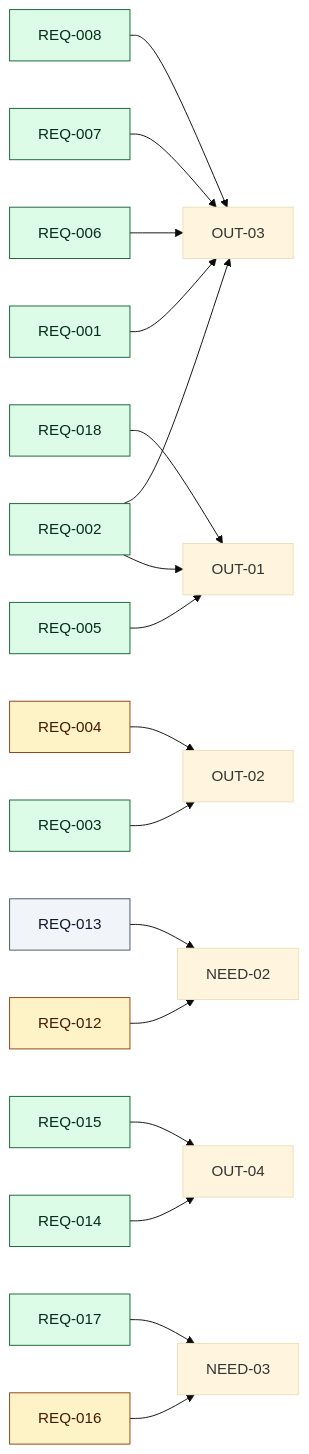
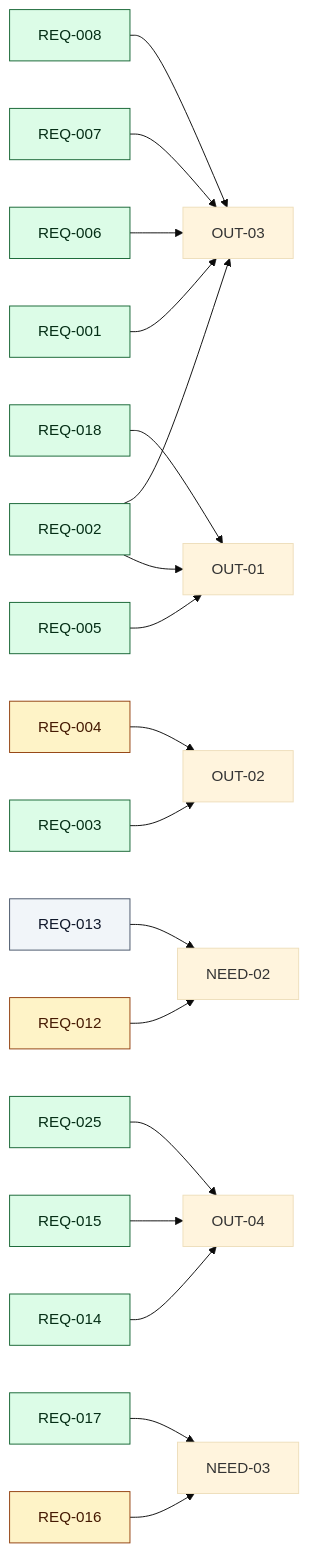
One commit to dkoenawan/compass-labs changed the third of 5 diagrams in docs/sessions/2026-10-24-deploy-phase-depth/define/diagrams.md. Above: the diagram before and after it, drawn with Mermaid (base theme). The commit also changed other lines of this file and 4 other files, not shown here.

````diff
--- a/docs/sessions/2026-10-24-deploy-phase-depth/define/diagrams.md
+++ b/docs/sessions/2026-10-24-deploy-phase-depth/define/diagrams.md
@@ -81,28 +82,29 @@
 ```mermaid
 flowchart LR
   classDef must fill:#DCFCE7,stroke:#166534,color:#052E16
   classDef should fill:#FEF3C7,stroke:#92400E,color:#451A03
   classDef could fill:#F1F5F9,stroke:#475569,color:#0F172A
   O01["OUT-01"]
   O02["OUT-02"]
   O03["OUT-03"]
   O04["OUT-04"]
   N02["NEED-02"]
   N03["NEED-03"]
   R001["REQ-001"]:::must --> O03
   R002["REQ-002"]:::must --> O01
   R002 --> O03
   R003["REQ-003"]:::must --> O02
   R004["REQ-004"]:::should --> O02
   R005["REQ-005"]:::must --> O01
   R006["REQ-006"]:::must --> O03
   R007["REQ-007"]:::must --> O03
   R008["REQ-008"]:::must --> O03
   R012["REQ-012"]:::should --> N02
   R013["REQ-013"]:::could --> N02
   R014["REQ-014"]:::must --> O04
   R015["REQ-015"]:::must --> O04
+  R025["REQ-025"]:::must --> O04
   R016["REQ-016"]:::should --> N03
   R017["REQ-017"]:::must --> N03
   R018["REQ-018"]:::must --> O01
 ```
````
